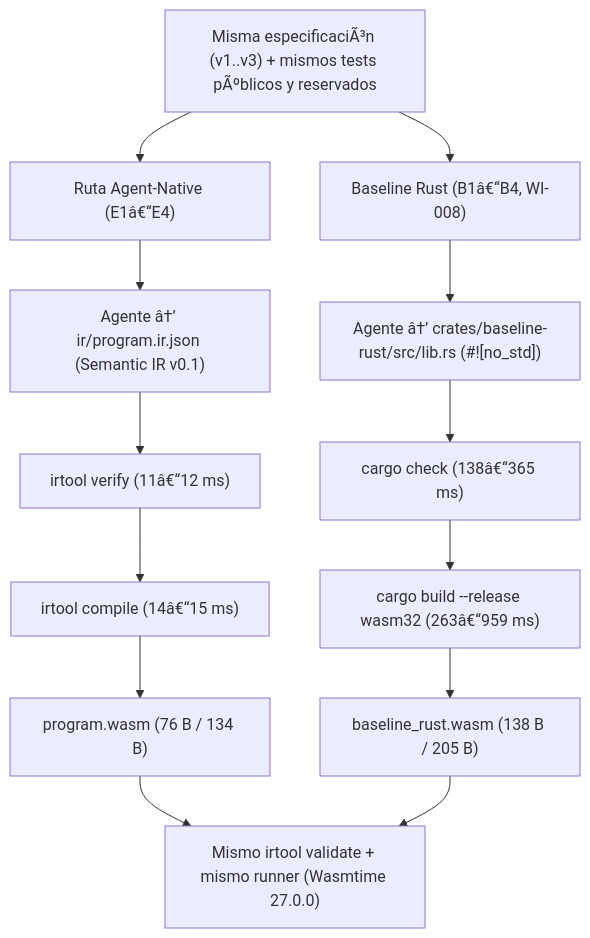
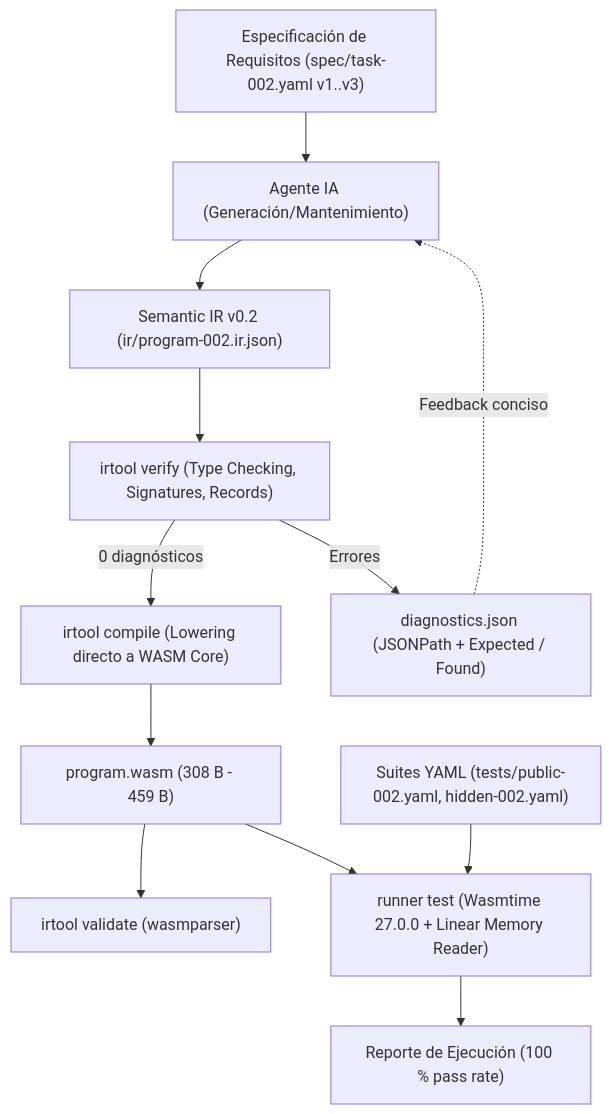
Before and after one commit to Trycatch-tv/poc-agent-native: the diagram in knowledge/delivery/poc-report.md, drawn with Mermaid. The commit also changed other lines of this file and 4 other files, not shown here.

````diff
--- a/knowledge/delivery/poc-report.md
+++ b/knowledge/delivery/poc-report.md
@@ -66,18 +72,14 @@
 ```mermaid
 flowchart TD
-    S["Misma especificaciÃ³n (v1..v3) + mismos tests pÃºblicos y reservados"]
-    S --> IRA["Ruta Agent-Native (E1â€“E4)"]
-    IRA --> A1["Agente â†’ ir/program.ir.json (Semantic IR v0.1)"]
-    A1 --> A2["irtool verify (11â€“12 ms)"]
-    A2 --> A3["irtool compile (14â€“15 ms)"]
-    A3 --> WA["program.wasm (76 B / 134 B)"]
-
-    S --> RB["Baseline Rust (B1â€“B4, WI-008)"]
-    RB --> R1["Agente â†’ crates/baseline-rust/src/lib.rs (#![no_std])"]
-    R1 --> R2["cargo check (138â€“365 ms)"]
-    R2 --> R3["cargo build --release wasm32 (263â€“959 ms)"]
-    R3 --> WR["baseline_rust.wasm (138 B / 205 B)"]
-
-    WA --> H["Mismo irtool validate + mismo runner (Wasmtime 27.0.0)"]
-    WR --> H
+    SPEC["Especificación de Requisitos (spec/task-002.yaml v1..v3)"] --> AGENT["Agente IA (Generación/Mantenimiento)"]
+    AGENT --> IR["Semantic IR v0.2 (ir/program-002.ir.json)"]
+    IR --> VER["irtool verify (Type Checking, Signatures, Records)"]
+    VER -->|0 diagnósticos| COM["irtool compile (Lowering directo a WASM Core)"]
+    VER -->|Errores| DIAG["diagnostics.json (JSONPath + Expected / Found)"]
+    DIAG -.->|Feedback conciso| AGENT
+    COM --> WASM["program.wasm (308 B - 459 B)"]
+    WASM --> VAL["irtool validate (wasmparser)"]
+    WASM --> RUN["runner test (Wasmtime 27.0.0 + Linear Memory Reader)"]
+    SUITE["Suites YAML (tests/public-002.yaml, hidden-002.yaml)"] --> RUN
+    RUN --> REP["Reporte de Ejecución (100 % pass rate)"]
 ```
````
